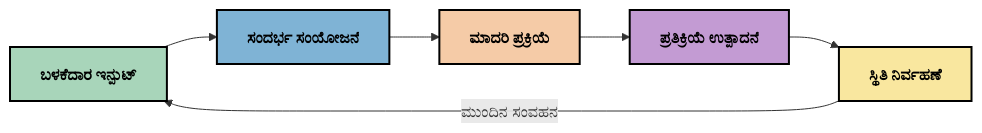
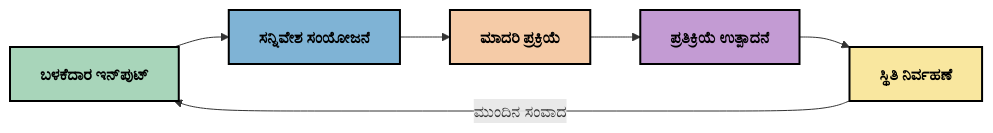
Before and after one commit to HIDORAKAI002/ai-workspace-archive: the first of 6 diagrams in mcp_ecosystem__model_context_protocol/mcp_learning_resources/mcp-for-beginners/translations/kn/05-AdvancedTopics/mcp-contextengineering/README.md, drawn with Mermaid. The commit also changed other lines of this file and 1046 other files, not shown here.

````diff
--- a/mcp_ecosystem__model_context_protocol/mcp_learning_resources/mcp-for-beginners/translations/kn/05-AdvancedTopics/mcp-contextengineering/README.md
+++ b/mcp_ecosystem__model_context_protocol/mcp_learning_resources/mcp-for-beginners/translations/kn/05-AdvancedTopics/mcp-contextengineering/README.md
@@ -39,14 +40,14 @@
 ```mermaid
 graph LR
-    A[ಬಳಕೆದಾರ ಇನ್ಪುಟ್] --> B[ಸಂದರ್ಭ ಸಂಯೋಜನೆ]
+    A[ಬಳಕೆದಾರ ಇನ್‌ಪುಟ್] --> B[ಸನ್ನಿವೇಶ ಸಂಯೋಜನೆ]
     B --> C[ಮಾದರಿ ಪ್ರಕ್ರಿಯೆ]
     C --> D[ಪ್ರತಿಕ್ರಿಯೆ ಉತ್ಪಾದನೆ]
     D --> E[ಸ್ಥಿತಿ ನಿರ್ವಹಣೆ]
-    E -->|ಮುಂದಿನ ಸಂವಹನ| A
+    E -->|ಮುಂದಿನ ಸಂವಾದ| A
     
     style A fill:#A8D5BA,stroke:#000000,stroke-width:2px,color:#000000,font-weight:bold
     style B fill:#7FB3D5,stroke:#000000,stroke-width:2px,color:#000000,font-weight:bold
     style C fill:#F5CBA7,stroke:#000000,stroke-width:2px,color:#000000,font-weight:bold
     style D fill:#C39BD3,stroke:#000000,stroke-width:2px,color:#000000,font-weight:bold
     style E fill:#F9E79F,stroke:#000000,stroke-width:2px,color:#000000,font-weight:bold
 ```
````
